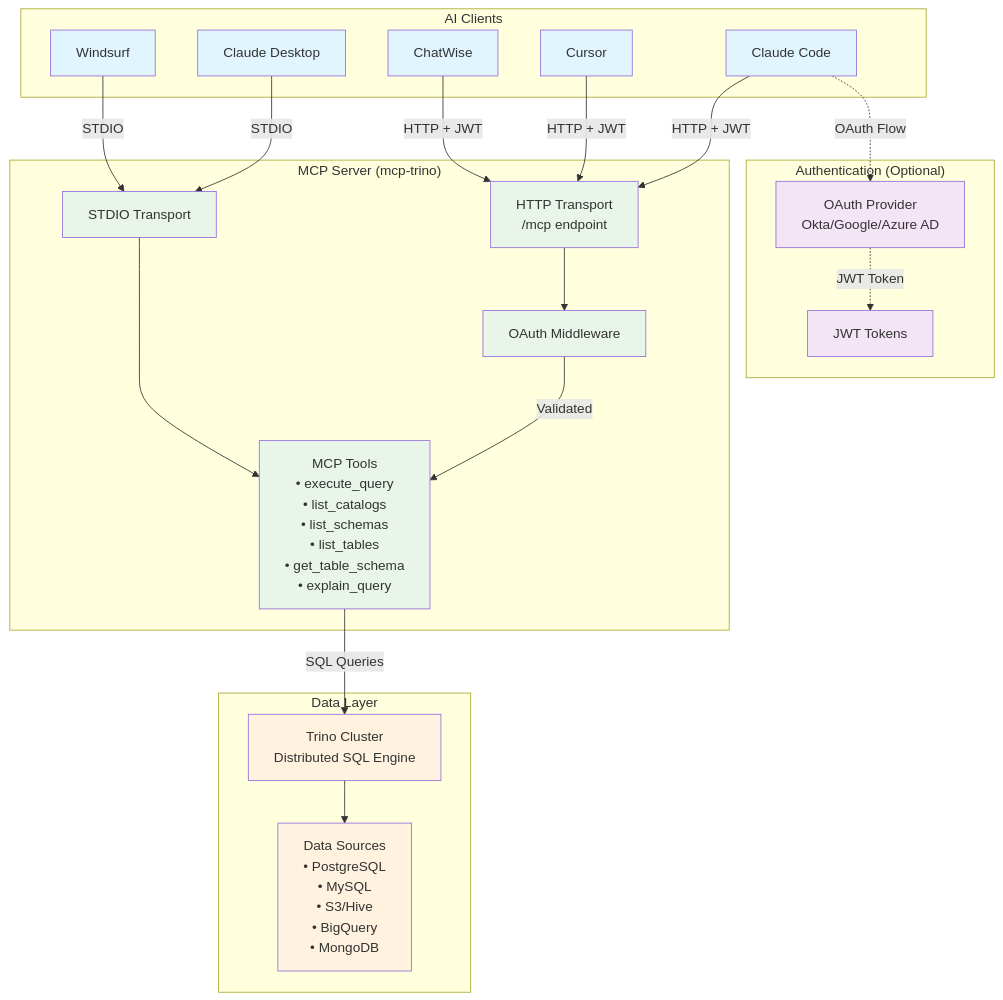
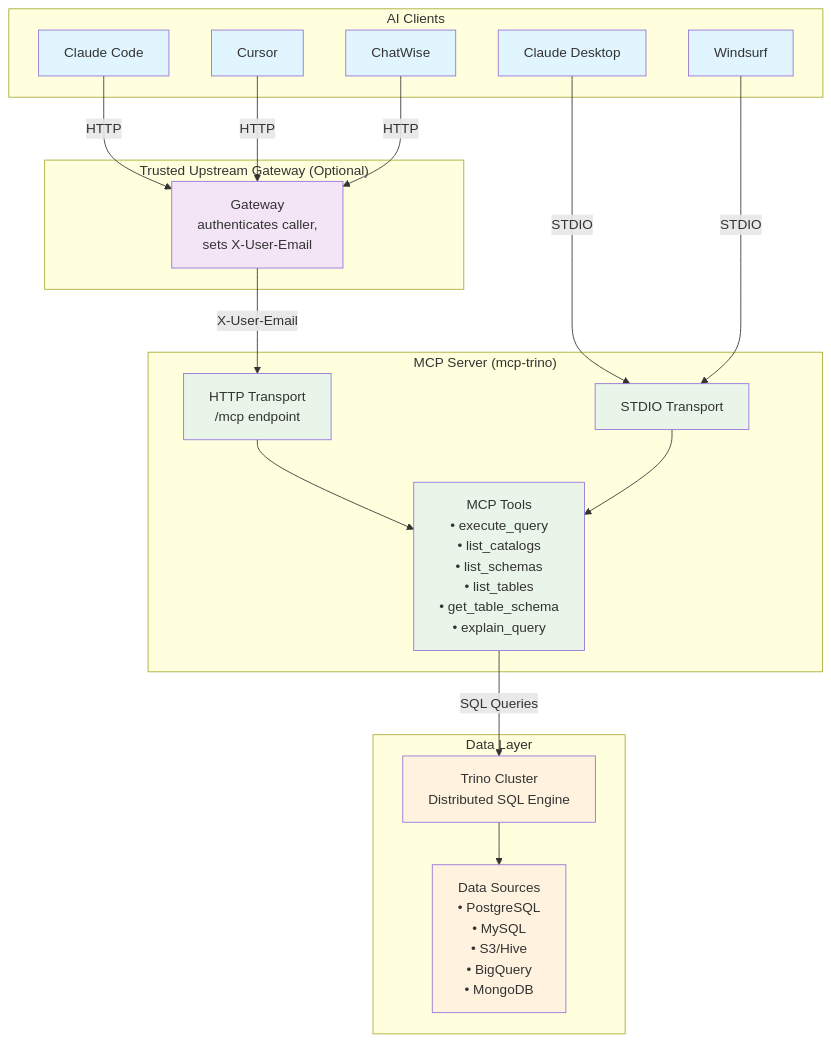
The diagram in mcp-trino/README.md (dungthieuIT98/MCP-all-ssi), drawn with Mermaid before and after one commit. The commit also changed other lines of this file and 63 other files, not shown here.

````diff
--- a/mcp-trino/README.md
+++ b/mcp-trino/README.md
@@ -25,55 +25,50 @@
 ```mermaid
 graph TB
     subgraph "AI Clients"
         CC[Claude Code]
         CD[Claude Desktop]
         CR[Cursor]
         WS[Windsurf]
         CW[ChatWise]
     end
     
-    subgraph "Authentication (Optional)"
-        OP[OAuth Provider<br/>Okta/Google/Azure AD]
-        JWT[JWT Tokens]
+    subgraph "Trusted Upstream Gateway (Optional)"
+        GW[Gateway<br/>authenticates caller,<br/>sets X-User-Email]
     end
     
     subgraph "MCP Server (mcp-trino)"
         HTTP[HTTP Transport<br/>/mcp endpoint]
         STDIO[STDIO Transport]
-        AUTH[OAuth Middleware]
         TOOLS[MCP Tools<br/>• execute_query<br/>• list_catalogs<br/>• list_schemas<br/>• list_tables<br/>• get_table_schema<br/>• explain_query]
     end
     
     subgraph "Data Layer"
         TRINO[Trino Cluster<br/>Distributed SQL Engine]
         CATALOGS[Data Sources<br/>• PostgreSQL<br/>• MySQL<br/>• S3/Hive<br/>• BigQuery<br/>• MongoDB]
     end
     
     %% Connections
-    CC -.->|OAuth Flow| OP
-    OP -.->|JWT Token| JWT
+    CC -->|HTTP| GW
+    CR -->|HTTP| GW
+    CW -->|HTTP| GW
+    GW -->|X-User-Email| HTTP
+    CD -->|STDIO| STDIO
+    WS -->|STDIO| STDIO
     
-    CC -->|HTTP + JWT| HTTP
-    CD -->|STDIO| STDIO
-    CR -->|HTTP + JWT| HTTP
-    WS -->|STDIO| STDIO
-    CW -->|HTTP + JWT| HTTP
-    
-    HTTP --> AUTH
-    AUTH -->|Validated| TOOLS
+    HTTP --> TOOLS
     STDIO --> TOOLS
     
     TOOLS -->|SQL Queries| TRINO
     TRINO --> CATALOGS
     
     %% Styling
     classDef client fill:#e1f5fe
     classDef auth fill:#f3e5f5
     classDef server fill:#e8f5e8
     classDef data fill:#fff3e0
     
     class CC,CD,CR,WS,CW client
-    class OP,JWT auth
-    class HTTP,STDIO,AUTH,TOOLS server
+    class GW auth
+    class HTTP,STDIO,TOOLS server
     class TRINO,CATALOGS data
 ```
````
